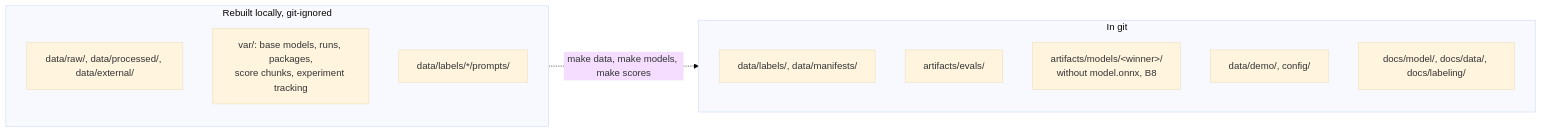
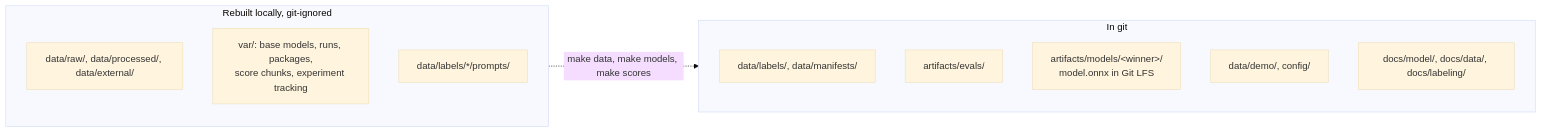
The second of 2 diagrams in docs/architecture/offline.md (amit-badave-04/hotel-curator), drawn with Mermaid (base theme) before and after one commit. The commit also changed other lines of this file and 19 other files, not shown here.

````diff
--- a/docs/architecture/offline.md
+++ b/docs/architecture/offline.md
@@ -92,18 +92,18 @@
 ```mermaid
 flowchart LR
   subgraph git[In git]
     direction TB
     g1[data/labels/, data/manifests/]
     g2[artifacts/evals/]
-    g3[artifacts/models/&lt;winner&gt;/<br/>without model.onnx, B8]
+    g3[artifacts/models/&lt;winner&gt;/<br/>model.onnx in Git LFS]
     g4[data/demo/, config/]
     g5[docs/model/, docs/data/, docs/labeling/]
   end
   subgraph local[Rebuilt locally, git-ignored]
     direction TB
     l1[data/raw/, data/processed/, data/external/]
     l2[var/: base models, runs, packages,<br/>score chunks, experiment tracking]
     l3[data/labels/*/prompts/]
   end
   local -.->|make data, make models, make scores| git
 ```
````
